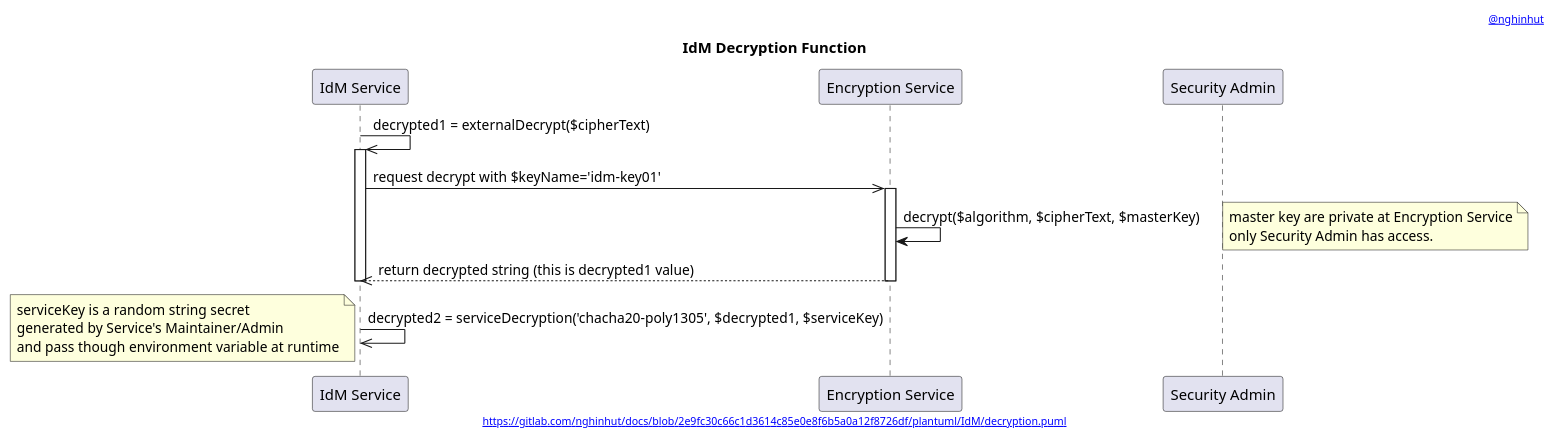
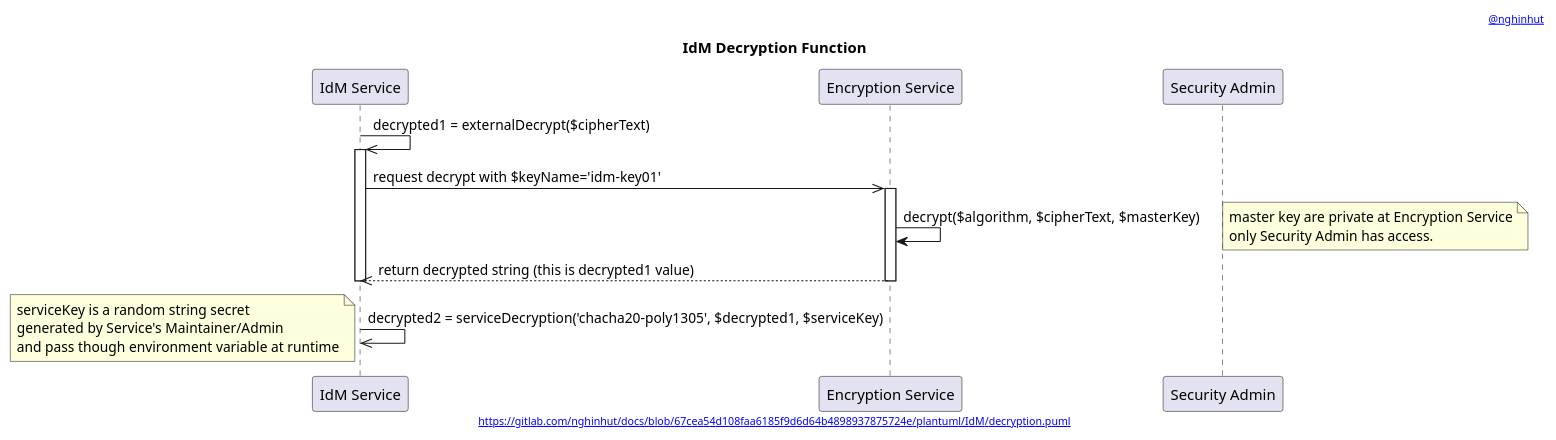
Before and after one commit to nghinhut/docs: the diagram in plantuml/IdM/decryption.function.puml, drawn with PlantUML. The commit also changed 29 other files, not shown here.

```diff
--- a/plantuml/IdM/decryption.function.puml
+++ b/plantuml/IdM/decryption.function.puml
@@ -1,32 +1,32 @@
 @startuml
 '-----START auto generated metadata please keep comment here to allow auto update-----
 '-----DON'T EDIT THIS SECTION, INSTEAD RE-RUN prebuild.sh TO UPDATE-----
-header [[https://www.nghinhut.dev?from=http%5C%3A%5C%2F%5C%2Fwww%5C.plantuml%5C.com%5C%2Fplantuml%5C%2Fproxy%3Ffmt%3Dsvg%5C%26src%3Dhttps%5C%3A%5C%2F%5C%2Fgitlab%5C.com%5C%2Fnghinhut%5C%2Fdocs%5C%2Fraw%5C%2F2e9fc30c66c1d3614c85e0e8f6b5a0a12f8726df%5C%2Fplantuml%5C%2FIdM%5C%2Fdecryption%5C.puml%0A @nghinhut]]
-footer [[http://www.plantuml.com/plantuml/proxy?fmt=svg&src=https://gitlab.com/nghinhut/docs/raw/2e9fc30c66c1d3614c85e0e8f6b5a0a12f8726df/plantuml/IdM/decryption.puml https://gitlab.com/nghinhut/docs/blob/2e9fc30c66c1d3614c85e0e8f6b5a0a12f8726df/plantuml/IdM/decryption.puml]]
+header [[https://www.nghinhut.dev?from=http%5C%3A%5C%2F%5C%2Fwww%5C.plantuml%5C.com%5C%2Fplantuml%5C%2Fproxy%3Ffmt%3Dsvg%5C%26src%3Dhttps%5C%3A%5C%2F%5C%2Fgitlab%5C.com%5C%2Fnghinhut%5C%2Fdocs%5C%2Fraw%5C%2F67cea54d108faa6185f9d6d64b4898937875724e%5C%2Fplantuml%5C%2FIdM%5C%2Fdecryption%5C.puml%0A @nghinhut]]
+footer [[http://www.plantuml.com/plantuml/proxy?fmt=svg&src=https://gitlab.com/nghinhut/docs/raw/67cea54d108faa6185f9d6d64b4898937875724e/plantuml/IdM/decryption.puml https://gitlab.com/nghinhut/docs/blob/67cea54d108faa6185f9d6d64b4898937875724e/plantuml/IdM/decryption.puml]]
 '-----END auto generated metadata please keep comment here to allow auto update-----
 title IdM Decryption Function
 participant "IdM Service" as idm
 participant "Encryption Service" as es
 participant "Security Admin" as esAdmin
 
 
 idm ->> idm : decrypted1 = externalDecrypt($cipherText)
 activate idm
     idm ->> es : request decrypt with $keyName='idm-key01'
     activate es
         es -> es : decrypt($algorithm, $cipherText, $masterKey)
         note right
             master key are private at Encryption Service
             only Security Admin has access.
         end note
         idm <<-- es : return decrypted string (this is decrypted1 value)
     deactivate es
 deactivate idm
 
 idm ->> idm : decrypted2 = serviceDecryption('chacha20-poly1305', $decrypted1, $serviceKey)
 note left
     serviceKey is a random string secret
     generated by Service's Maintainer/Admin
     and pass though environment variable at runtime
 end note
 @enduml
```
